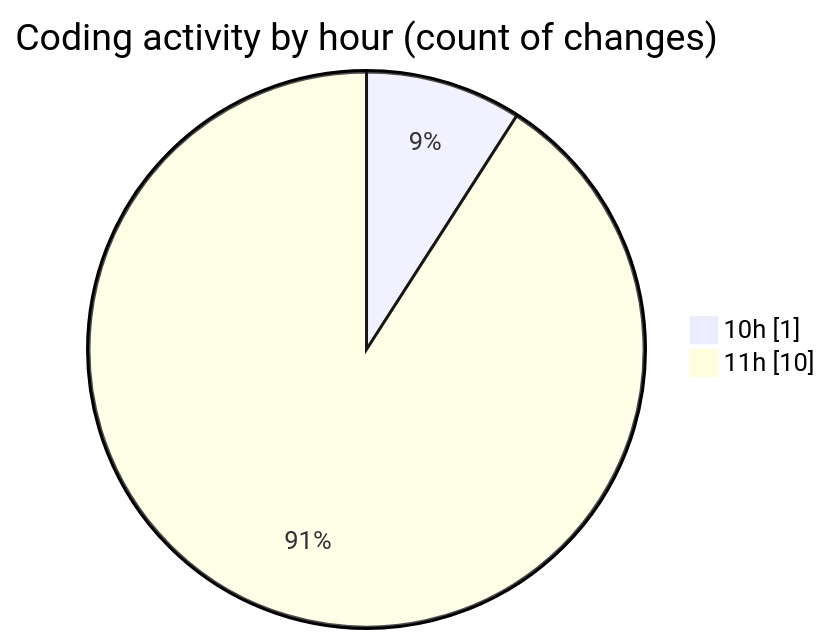
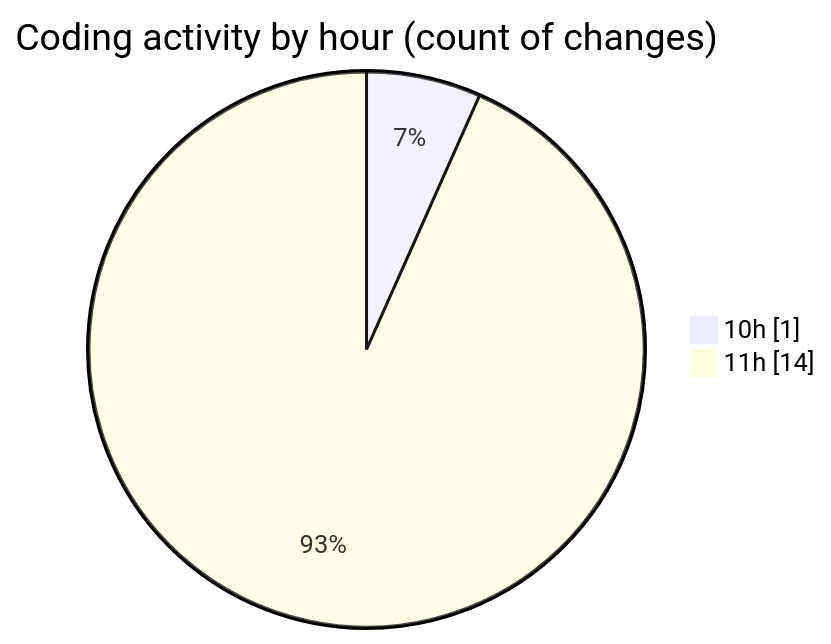
One commit to nxtqubesakshisongat/code-tracking changed the second of 2 diagrams in 2026-05-19/nxtqube_webapp/README.md. Above: the diagram before and after it, drawn with Mermaid. The commit also changed other lines of this file and 1 other file, not shown here.

````diff
--- a/2026-05-19/nxtqube_webapp/README.md
+++ b/2026-05-19/nxtqube_webapp/README.md
@@ -32,6 +32,6 @@
 ```mermaid
 pie showData
 title Coding activity by hour (count of changes)
 "10h" : 1
-"11h" : 10
+"11h" : 14
 ```
````
